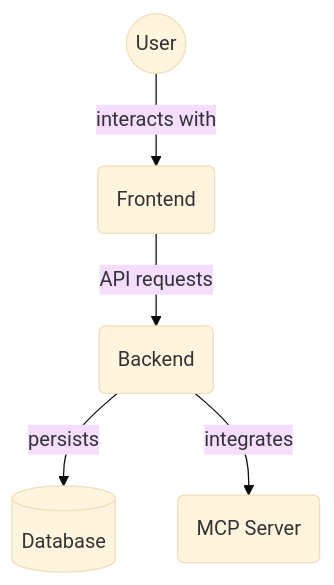
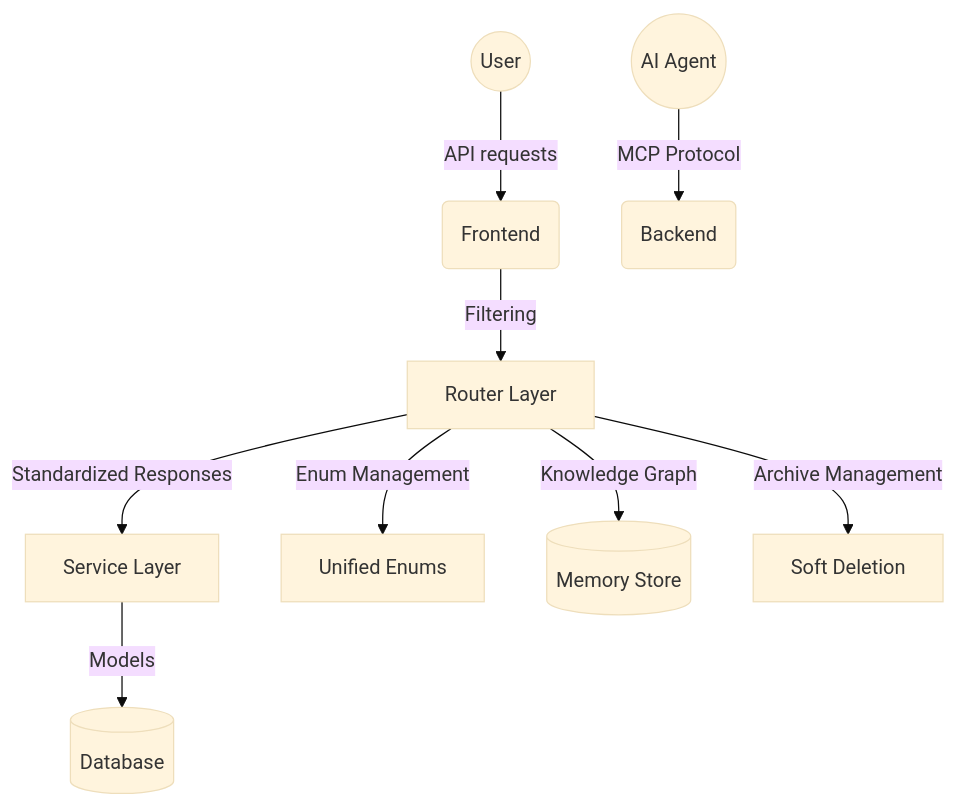
One commit to m0st4f4-hub/MCP-ProjectManager changed the diagram in backend/routers/README.md. Above: the diagram before and after it, drawn with Mermaid (base theme). The commit also changed other lines of this file and 234 other files, not shown here.

First line of the commit message:
Refactor backend architecture and remove deprecated files

````diff
--- a/backend/routers/README.md
+++ b/backend/routers/README.md
@@ -44,7 +117,11 @@
 ```mermaid
 graph TD
-    user((User)) -->|interacts with| frontend(Frontend)
-    frontend -->|API requests| backend(Backend)
-    backend -->|persists| database[(Database)]
-    backend -->|integrates| mcp(MCP Server)
+    user((User)) -->|API requests| frontend(Frontend)
+    agent((AI Agent)) -->|MCP Protocol| backend(Backend)
+    frontend -->|Filtering| routers[Router Layer]
+    routers -->|Standardized Responses| services[Service Layer]
+    services -->|Models| database[(Database)]
+    routers -->|Enum Management| enums[Unified Enums]
+    routers -->|Knowledge Graph| memory[(Memory Store)]
+    routers -->|Archive Management| archive[Soft Deletion]
 ```
````
